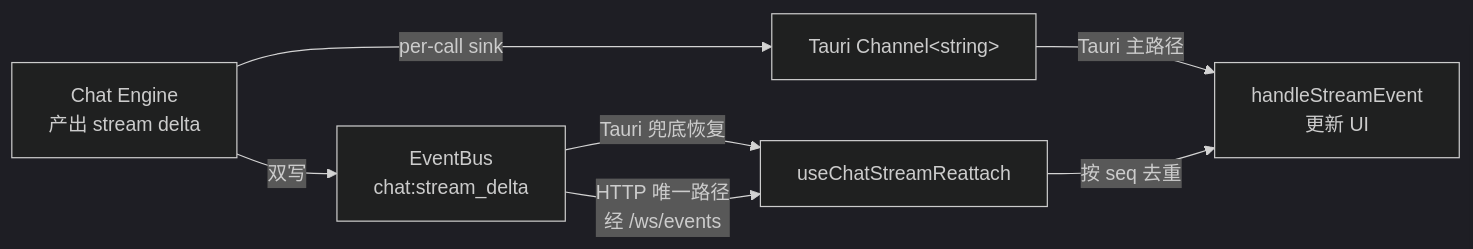
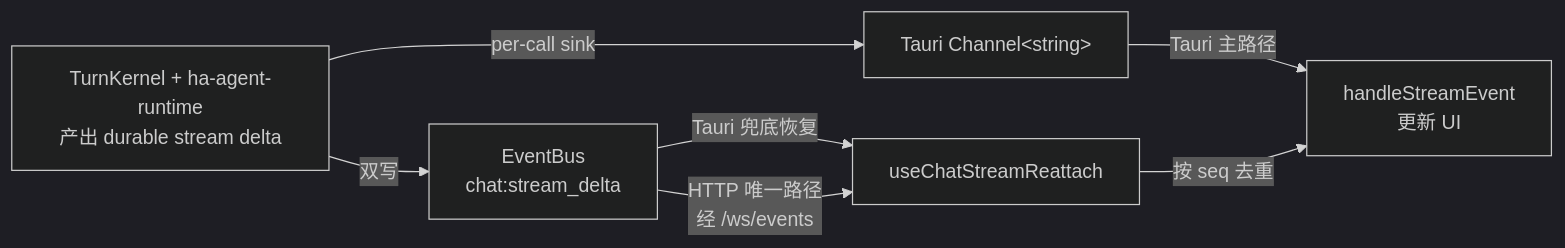
One commit to gabrielmoreira/agent-skills-mirror changed the third of 5 diagrams in mirrors/repos/shiwenwen@hope-agent/docs/architecture/system/transport-modes.md. Above: the diagram before and after it, drawn with Mermaid (dark theme). The commit also changed other lines of this file and 2396 other files, not shown here.

````diff
--- a/mirrors/repos/shiwenwen@hope-agent/docs/architecture/system/transport-modes.md
+++ b/mirrors/repos/shiwenwen@hope-agent/docs/architecture/system/transport-modes.md
@@ -107,10 +107,10 @@
 ```mermaid
 flowchart LR
-    CE["Chat Engine<br/>产出 stream delta"]
+    CE["TurnKernel + ha-agent-runtime<br/>产出 durable stream delta"]
     CE -->|"per-call sink"| CH["Tauri Channel&lt;string&gt;"]
     CE -->|"双写"| EB["EventBus<br/>chat:stream_delta"]
     CH -->|"Tauri 主路径"| HK["handleStreamEvent<br/>更新 UI"]
     EB -->|"Tauri 兜底恢复"| RA["useChatStreamReattach"]
     EB -->|"HTTP 唯一路径<br/>经 /ws/events"| RA
     RA -->|"按 seq 去重"| HK
 ```
````
